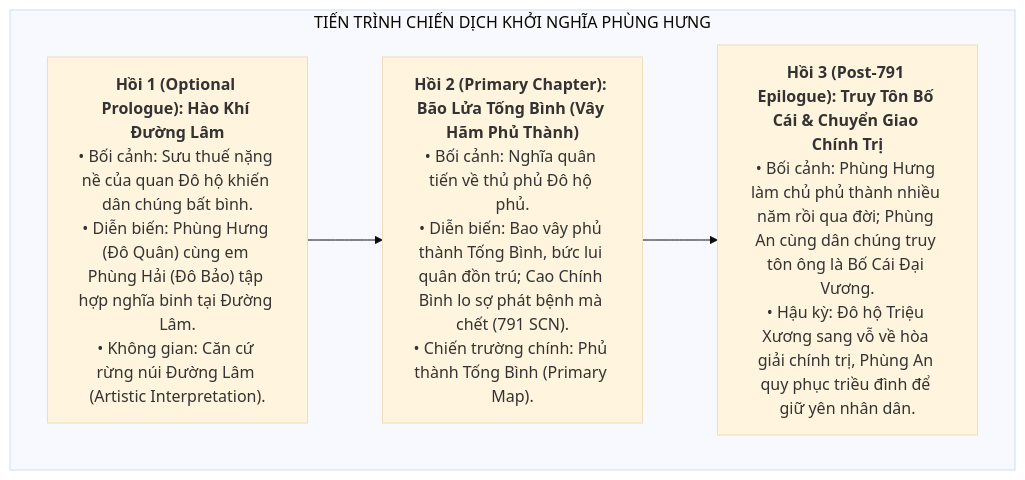
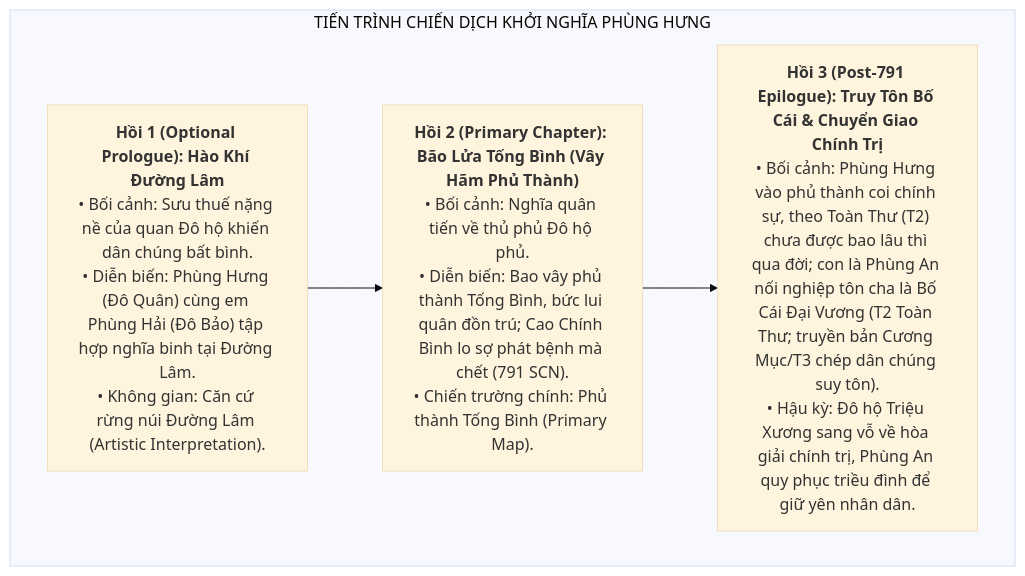
Before and after one commit to LightDucan/HuyenSu-TD: the first of 2 diagrams in docs/drafts/viet-su/phung-hung/chapter-direction.md, drawn with Mermaid (base theme). The commit also changed other lines of this file and 2 other files, not shown here.

Commit message:
docs(viet-su): apply final micro fix to Phung Hung source attributions (VS-PH-01)

````diff
--- a/docs/drafts/viet-su/phung-hung/chapter-direction.md
+++ b/docs/drafts/viet-su/phung-hung/chapter-direction.md
@@ -16,13 +16,13 @@
 ```mermaid
 graph TD
     subgraph TIẾN TRÌNH CHIẾN DỊCH KHỞI NGHĨA PHÙNG HƯNG
         P1["<b>Hồi 1 (Optional Prologue): Hào Khí Đường Lâm</b><br>• Bối cảnh: Sưu thuế nặng nề của quan Đô hộ khiến dân chúng bất bình.<br>• Diễn biến: Phùng Hưng (Đô Quân) cùng em Phùng Hải (Đô Bảo) tập hợp nghĩa binh tại Đường Lâm.<br>• Không gian: Căn cứ rừng núi Đường Lâm (Artistic Interpretation)."]
         
         P2["<b>Hồi 2 (Primary Chapter): Bão Lửa Tống Bình (Vây Hãm Phủ Thành)</b><br>• Bối cảnh: Nghĩa quân tiến về thủ phủ Đô hộ phủ.<br>• Diễn biến: Bao vây phủ thành Tống Bình, bức lui quân đồn trú; Cao Chính Bình lo sợ phát bệnh mà chết (791 SCN).<br>• Chiến trường chính: Phủ thành Tống Bình (Primary Map)."]
         
-        P3["<b>Hồi 3 (Post-791 Epilogue): Truy Tôn Bố Cái & Chuyển Giao Chính Trị</b><br>• Bối cảnh: Phùng Hưng làm chủ phủ thành nhiều năm rồi qua đời; Phùng An cùng dân chúng truy tôn ông là Bố Cái Đại Vương.<br>• Hậu kỳ: Đô hộ Triệu Xương sang vỗ về hòa giải chính trị, Phùng An quy phục triều đình để giữ yên nhân dân."]
+        P3["<b>Hồi 3 (Post-791 Epilogue): Truy Tôn Bố Cái & Chuyển Giao Chính Trị</b><br>• Bối cảnh: Phùng Hưng vào phủ thành coi chính sự, theo Toàn Thư (T2) chưa được bao lâu thì qua đời; con là Phùng An nối nghiệp tôn cha là Bố Cái Đại Vương (T2 Toàn Thư; truyền bản Cương Mục/T3 chép dân chúng suy tôn).<br>• Hậu kỳ: Đô hộ Triệu Xương sang vỗ về hòa giải chính trị, Phùng An quy phục triều đình để giữ yên nhân dân."]
     end
 
     P1 --> P2
     P2 --> P3
 ```
````
